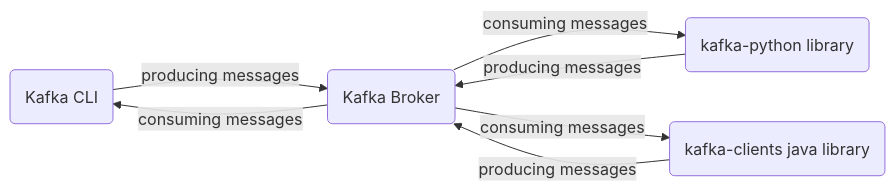
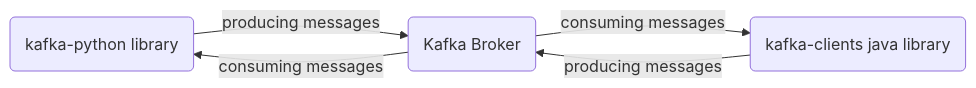
The diagram in docs/tutorials/talk-to-kafka.rst (aiven/devportal), drawn with Mermaid before and after one commit. The commit also changed other lines of this file and 1 other file, not shown here.

Commit message:
Jan30 update to let's talk to Kafka tutorial.

```diff
--- a/docs/tutorials/talk-to-kafka.rst
+++ b/docs/tutorials/talk-to-kafka.rst
@@ -23,11 +23,9 @@
 .. mermaid::
 
     graph LR;
 
-        id1(Kafka CLI)--producing messages-->id5(Kafka Broker);
         id2(kafka-python library) --producing messages-->id5(Kafka Broker);
         id3(kafka-clients java library) --producing messages-->id5(Kafka Broker);
 
-        id5(Kafka Broker)--consuming messages-->id1(Kafka CLI);
         id5(Kafka Broker)--consuming messages-->id2(kafka-python library);
         id5(Kafka Broker)--consuming messages-->id3(kafka-clients java library);
```
